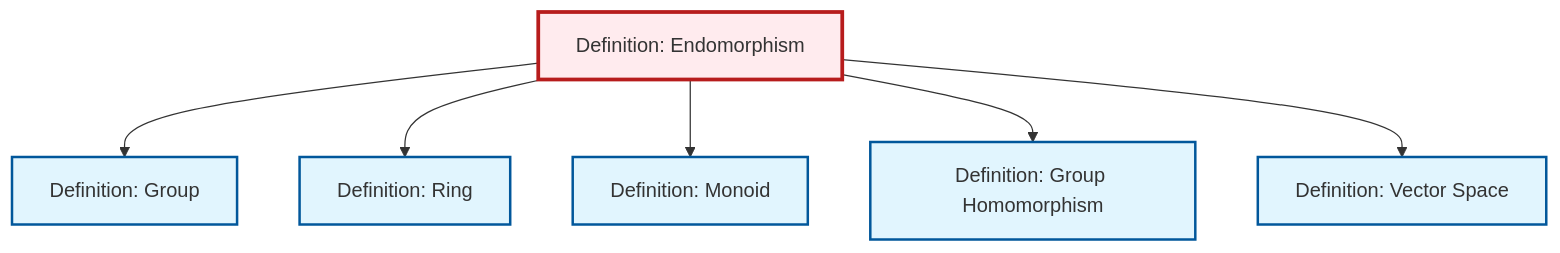
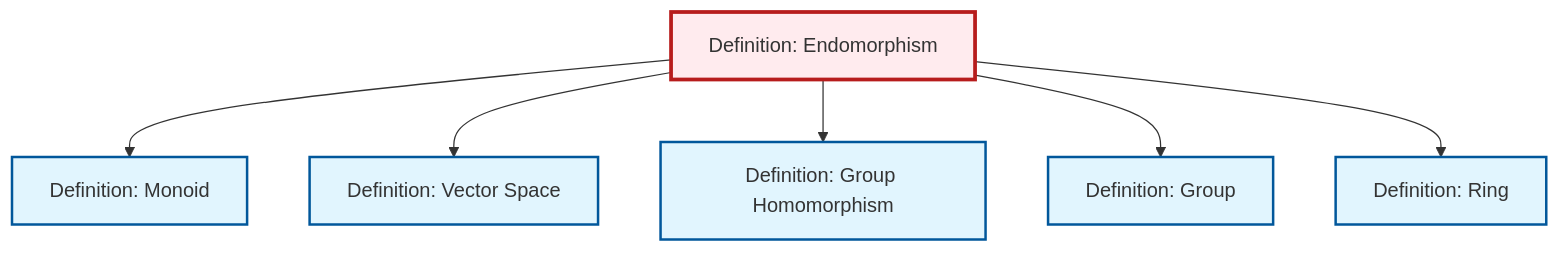
The diagram in content/ja/algebra/def-endomorphism.qmd (RK0429/ModernMath), drawn with Mermaid before and after one commit. The commit also changed other lines of this file and 634 other files, not shown here.

````diff
--- a/content/ja/algebra/def-endomorphism.qmd
+++ b/content/ja/algebra/def-endomorphism.qmd
@@ -90,26 +90,26 @@
 ```{mermaid}
 %%| fig-cap: "Local dependency graph"
 graph TD
     classDef definition fill:#e1f5fe,stroke:#01579b,stroke-width:2px
     classDef theorem fill:#f3e5f5,stroke:#4a148c,stroke-width:2px
     classDef axiom fill:#fff3e0,stroke:#e65100,stroke-width:2px
     classDef example fill:#e8f5e9,stroke:#1b5e20,stroke-width:2px
     classDef current fill:#ffebee,stroke:#b71c1c,stroke-width:3px
     def-group["Definition: Group"]:::definition
+    def-monoid["Definition: Monoid"]:::definition
+    def-endomorphism["Definition: Endomorphism"]:::definition
+    def-ring["Definition: Ring"]:::definition
     def-homomorphism["Definition: Group Homomorphism"]:::definition
-    def-endomorphism["Definition: Endomorphism"]:::definition
-    def-monoid["Definition: Monoid"]:::definition
-    def-ring["Definition: Ring"]:::definition
     def-vector-space["Definition: Vector Space"]:::definition
+    def-endomorphism --> def-monoid
+    def-endomorphism --> def-vector-space
+    def-endomorphism --> def-homomorphism
     def-endomorphism --> def-group
     def-endomorphism --> def-ring
-    def-endomorphism --> def-monoid
-    def-endomorphism --> def-homomorphism
-    def-endomorphism --> def-vector-space
     class def-endomorphism current
     click def-group "def-group.html" "Definition: Groupへ"
-    click def-homomorphism "def-homomorphism.html" "Definition: Group Homomorphismへ"
     click def-monoid "def-monoid.html" "Definition: Monoidへ"
     click def-ring "def-ring.html" "Definition: Ringへ"
+    click def-homomorphism "def-homomorphism.html" "Definition: Group Homomorphismへ"
     click def-vector-space "def-vector-space.html" "Definition: Vector Spaceへ"
 ```
````
